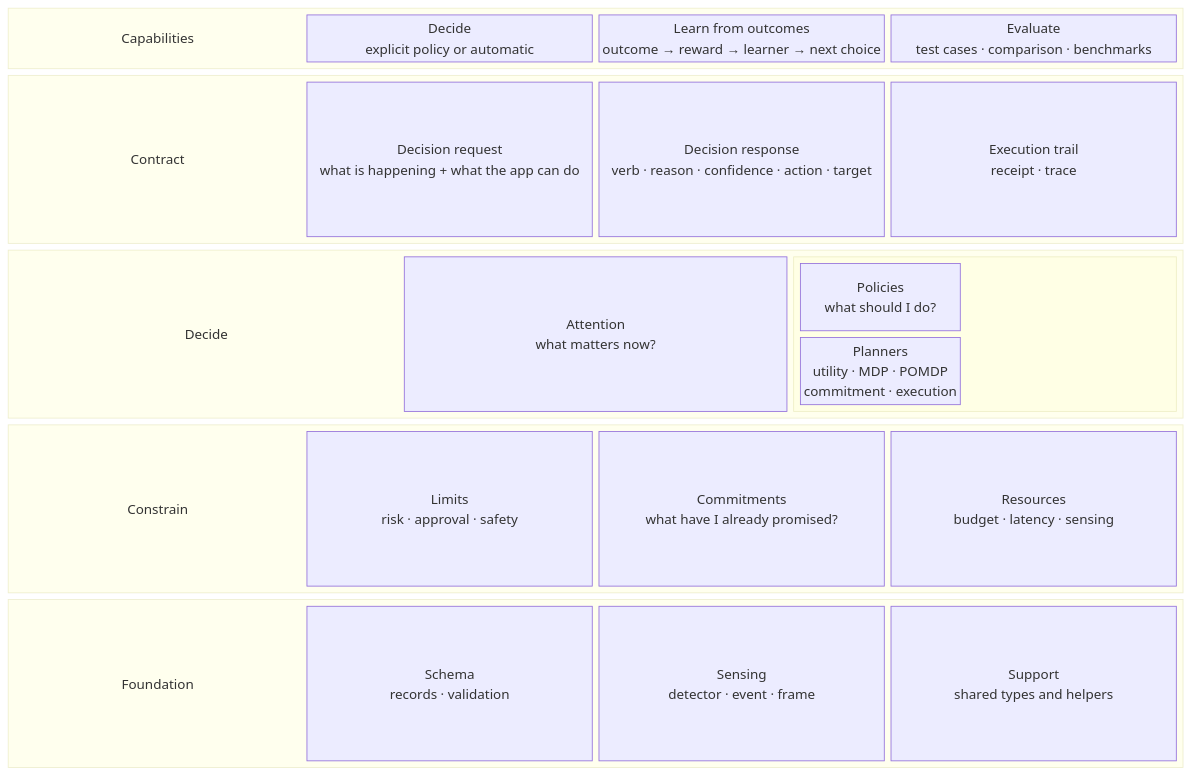
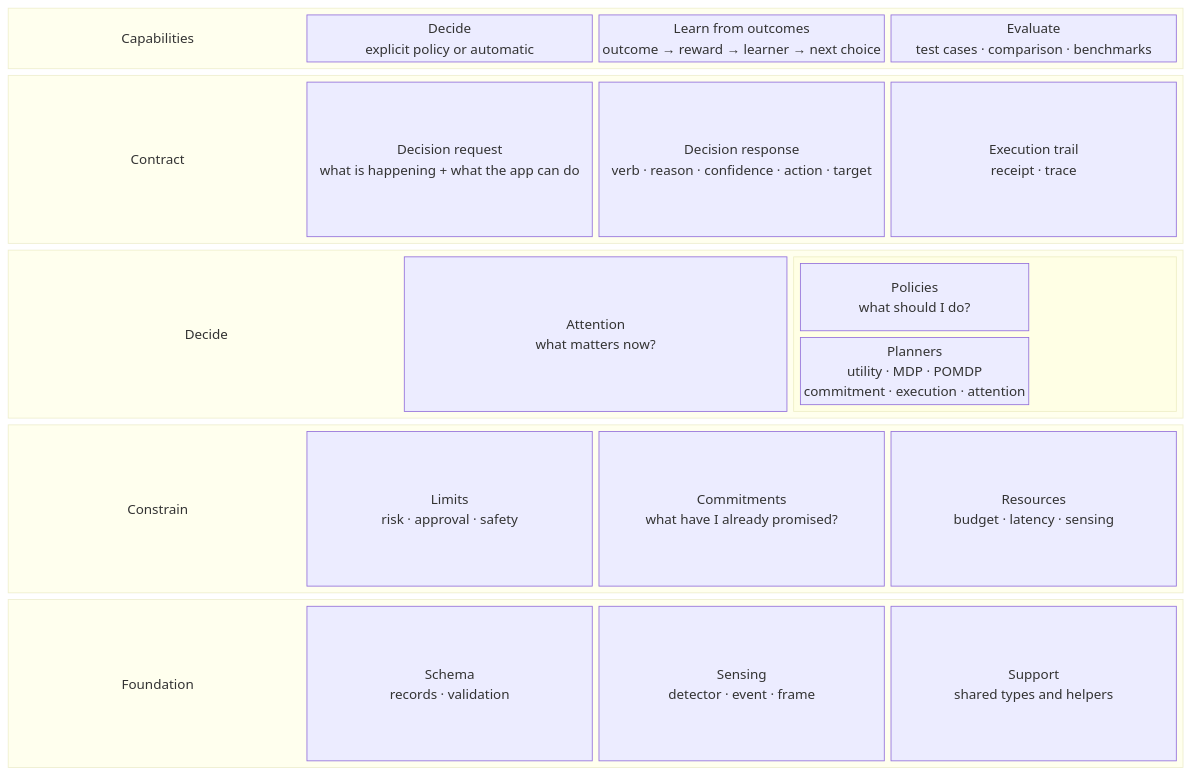
Before and after one commit to michaelatamuk/laix: the diagram in docs/02-core/00-architecture.md, drawn with Mermaid. The commit also changed other lines of this file and 21 other files, not shown here.

````diff
--- a/docs/02-core/00-architecture.md
+++ b/docs/02-core/00-architecture.md
@@ -6,53 +6,53 @@
 ```mermaid
 block-beta
     columns 1
 
     block:capabilities
         columns 4
         capabilities_label["Capabilities"]
         decide["Decide<br/>explicit policy or automatic"]
         learn["Learn from outcomes<br/>outcome → reward → learner → next choice"]
         evaluate["Evaluate<br/>test cases · comparison · benchmarks"]
     end
 
     block:contract
         columns 4
         contract_label["Contract"]
         request["Decision request<br/>what is happening + what the app can do"]
         response["Decision response<br/>verb · reason · confidence · action · target"]
         trail["Execution trail<br/>receipt · trace"]
     end
 
     block:decide_layer
         columns 3
         decide_layer_label["Decide"]
         attention["Attention<br/>what matters now?"]
         block:policy_group
             columns 1
             policies["Policies<br/>what should I do?"]
-            planners["Planners<br/>utility · MDP · POMDP<br/>commitment · execution"]
+            planners["Planners<br/>utility · MDP · POMDP<br/>commitment · execution · attention"]
         end
     end
 
     block:constrain_layer
         columns 4
         constrain_layer_label["Constrain"]
         limits["Limits<br/>risk · approval · safety"]
         commitments["Commitments<br/>what have I already promised?"]
         resources["Resources<br/>budget · latency · sensing"]
     end
 
     block:foundation
         columns 4
         foundation_label["Foundation"]
         schema["Schema<br/>records · validation"]
         sensing["Sensing<br/>detector · event · frame"]
         support["Support<br/>shared types and helpers"]
     end
 
     style capabilities_label fill:transparent,stroke:transparent,font-size:22px,font-weight:bold
     style contract_label fill:transparent,stroke:transparent,font-size:14px,font-weight:bold
     style decide_layer_label fill:transparent,stroke:transparent,font-weight:bold
     style constrain_layer_label fill:transparent,stroke:transparent,font-weight:bold
     style foundation_label fill:transparent,stroke:transparent,font-weight:bold
 ```
````
